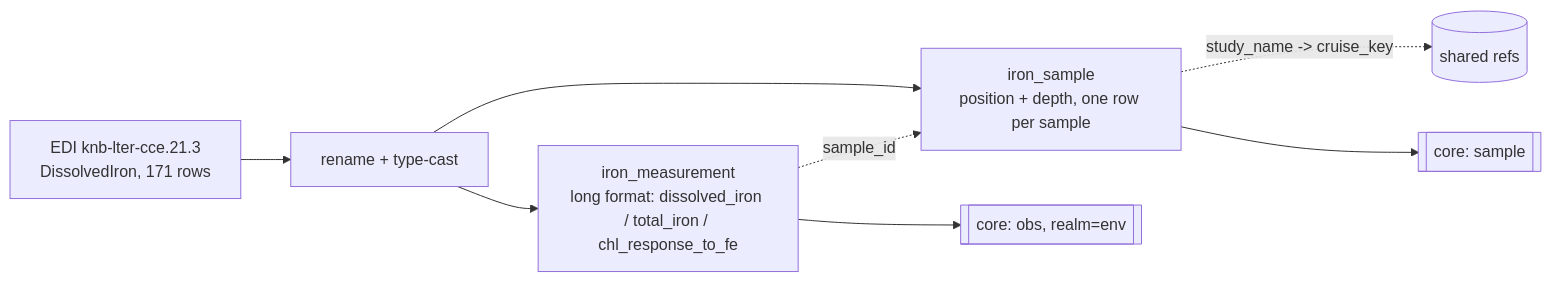
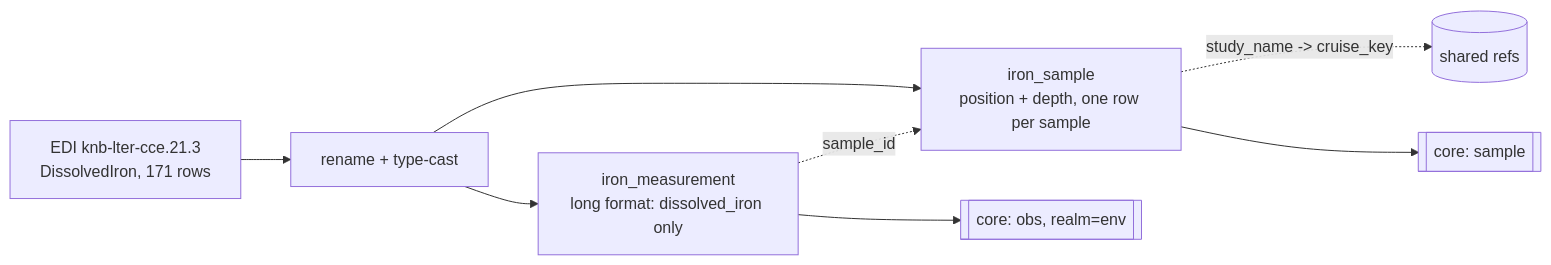
Before and after one commit to CalCOFI/workflows: the diagram in ingest_cce-lter_iron.qmd, drawn with Mermaid. The commit also changed other lines of this file and 27 other files, not shown here.

````diff
--- a/ingest_cce-lter_iron.qmd
+++ b/ingest_cce-lter_iron.qmd
@@ -61,10 +84,10 @@
 ```{mermaid}
 graph LR
   A[EDI knb-lter-cce.21.3<br/>DissolvedIron, 171 rows] --> B[rename + type-cast]
   B --> C[iron_sample<br/>position + depth, one row per sample]
-  B --> D[iron_measurement<br/>long format: dissolved_iron / total_iron / chl_response_to_fe]
+  B --> D[iron_measurement<br/>long format: dissolved_iron only]
   C -.study_name -> cruise_key.-> E[(shared refs)]
   D -.sample_id.-> C
   C --> F[[core: sample]]
   D --> G[[core: obs, realm=env]]
 ```
````
